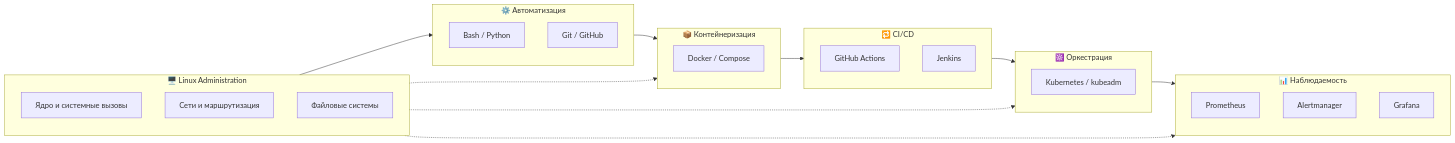
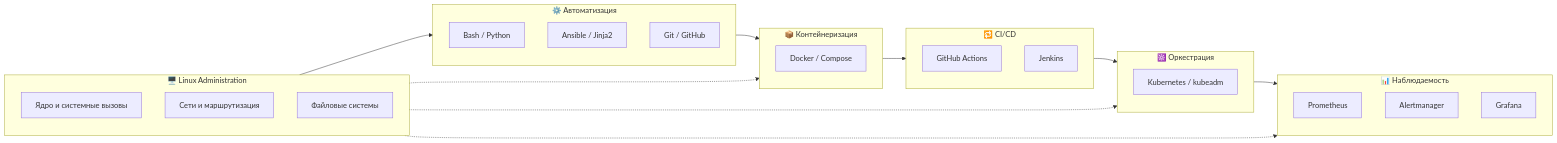
Before and after one commit to hagegata/hagegata: the diagram in README.md, drawn with Mermaid. The commit also changed other lines of this file, not shown here.

````diff
--- a/README.md
+++ b/README.md
@@ -143,47 +143,48 @@
 ```mermaid
 flowchart LR
     subgraph Linux["🖥️ Linux Administration"]
         direction TB
         Core[Ядро и системные вызовы]
         Net[Сети и маршрутизация]
         Fs[Файловые системы]
     end
 
     subgraph Automation["⚙️ Автоматизация"]
         direction TB
         Bash[Bash / Python]
+        Ansible[Ansible / Jinja2]
         Git[Git / GitHub]
     end
 
     subgraph Containers["📦 Контейнеризация"]
         direction TB
         Docker[Docker / Compose]
     end
 
     subgraph CICD["🔁 CI/CD"]
         direction TB
         GHA[GitHub Actions]
         Jenkins[Jenkins]
     end
 
     subgraph Orchestration["☸️ Оркестрация"]
         direction TB
         K8s[Kubernetes / kubeadm]
     end
 
     subgraph Observability["📊 Наблюдаемость"]
         direction TB
         Prom[Prometheus]
         Alert[Alertmanager]
         Graf[Grafana]
     end
     Linux --> Automation
     Automation --> Containers
     Containers --> CICD
     CICD --> Orchestration
     Orchestration --> Observability
 
     Core -.-> Docker
     Net -.-> K8s
     Fs -.-> Prom
 ```
````
